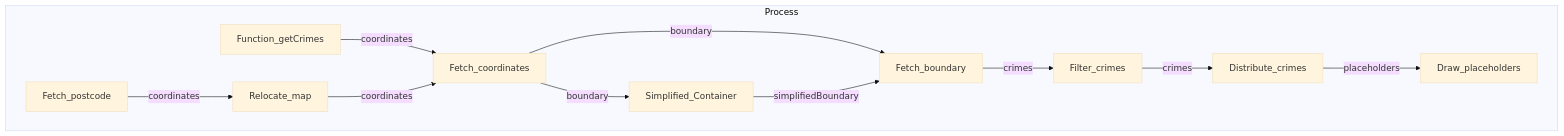
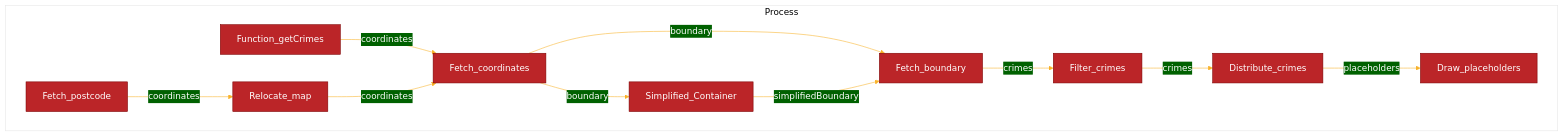
Before and after one commit to FAC29A/Alex-Esti-Project: the diagram in README.md, drawn with Mermaid.

````diff
--- a/README.md
+++ b/README.md
@@ -33,15 +33,27 @@
 ```mermaid
-%%{init: {'theme':'base'}}%%
+%%{
+  init: {
+    'theme': 'base',
+    'themeVariables': {
+      'primaryColor': '#BB2528',
+      'primaryTextColor': '#fff',
+      'primaryBorderColor': '#7C0000',
+      'lineColor': '#F8B229',
+      'secondaryColor': '#006100',
+      'tertiaryColor': '#fff'
+    }
+  }
+}%%
 graph TD
     subgraph Process
         Function_getCrimes-->|coordinates|Fetch_coordinates;
         Fetch_coordinates-->|boundary|Fetch_boundary;
         Fetch_boundary-->|crimes|Filter_crimes;
         Filter_crimes-->|crimes|Distribute_crimes;
         Distribute_crimes-->|placeholders|Draw_placeholders;
         Fetch_coordinates-->|boundary|Simplified_Container;
         Simplified_Container-->|simplifiedBoundary|Fetch_boundary;
         Fetch_postcode-->|coordinates|Relocate_map;
         Relocate_map-->|coordinates|Fetch_coordinates;
     end
 ```
````
